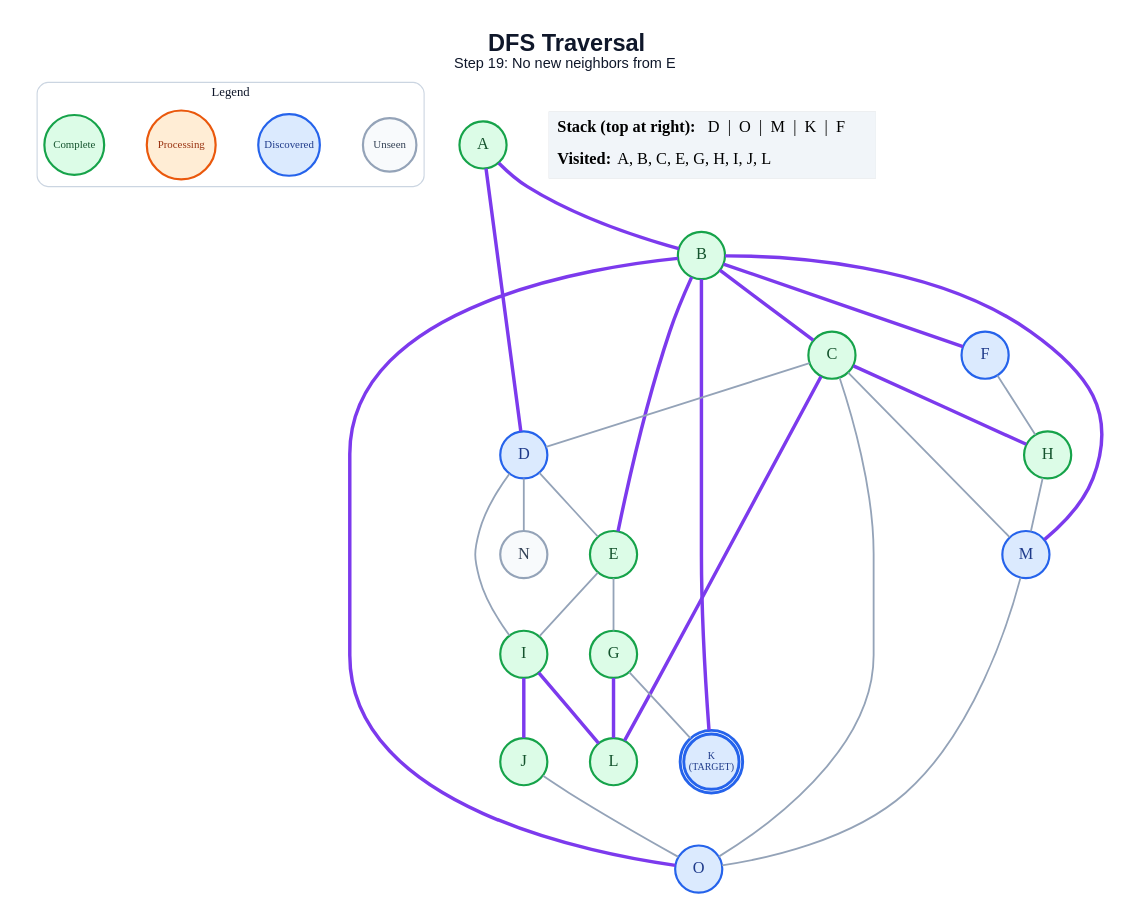
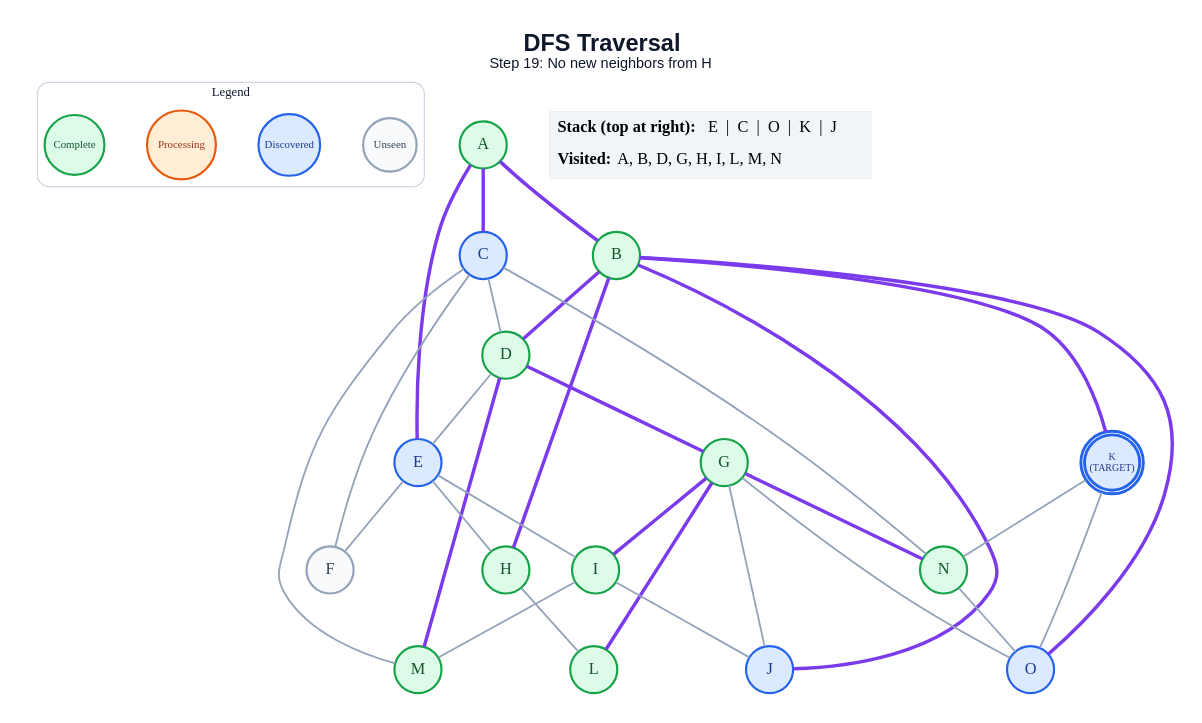
One commit to anon7238593-create/ai-slop changed the diagram in generated/dfs/step_19.dot. Above: the diagram before and after it, drawn with Graphviz. The commit also changed 209 other files, not shown here.

```diff
--- a/generated/dfs/step_19.dot
+++ b/generated/dfs/step_19.dot
@@ -1,60 +1,63 @@
 graph traversal {
   graph [layout=dot, rankdir=TB, bgcolor="#FFFFFF", pad="0.35", nodesep="0.65", ranksep="0.8", fontname="Arial"];
   node [shape=circle, style="filled", fontname="Arial Bold", fontsize=18, width=0.72, fixedsize=true, penwidth=2.4];
   edge [color="#94A3B8", penwidth=2.0];
-  label=<<B>DFS Traversal</B><BR/><FONT POINT-SIZE="16">Step 19: No new neighbors from E</FONT>>; labelloc="t"; fontsize=26; fontname="Arial"; fontcolor="#0F172A";
+  label=<<B>DFS Traversal</B><BR/><FONT POINT-SIZE="16">Step 19: No new neighbors from H</FONT>>; labelloc="t"; fontsize=26; fontname="Arial"; fontcolor="#0F172A";
   subgraph cluster_legend { label="Legend"; color="#CBD5E1"; penwidth=1.2; style="rounded"; fontsize=14; fontname="Arial Bold";
     key_unseen [label="Unseen", fillcolor="#F8FAFC", color="#94A3B8", fontcolor="#334155", fontsize=12, width=0.82];
     key_frontier [label="Discovered", fillcolor="#DBEAFE", color="#2563EB", fontcolor="#1E3A8A", fontsize=12, width=0.95];
     key_current [label="Processing", fillcolor="#FFEDD5", color="#EA580C", fontcolor="#9A3412", fontsize=12, width=1.05];
     key_done [label="Complete", fillcolor="#DCFCE7", color="#16A34A", fontcolor="#14532D", fontsize=12, width=0.92];
     { rank=same; key_unseen; key_frontier; key_current; key_done; }
   }
   A [label="A", fillcolor="#DCFCE7", color="#16A34A", fontcolor="#14532D", peripheries=1, penwidth=2.4];
   B [label="B", fillcolor="#DCFCE7", color="#16A34A", fontcolor="#14532D", peripheries=1, penwidth=2.4];
-  C [label="C", fillcolor="#DCFCE7", color="#16A34A", fontcolor="#14532D", peripheries=1, penwidth=2.4];
-  D [label="D", fillcolor="#DBEAFE", color="#2563EB", fontcolor="#1E3A8A", peripheries=1, penwidth=2.4];
-  E [label="E", fillcolor="#DCFCE7", color="#16A34A", fontcolor="#14532D", peripheries=1, penwidth=2.4];
-  F [label="F", fillcolor="#DBEAFE", color="#2563EB", fontcolor="#1E3A8A", peripheries=1, penwidth=2.4];
+  C [label="C", fillcolor="#DBEAFE", color="#2563EB", fontcolor="#1E3A8A", peripheries=1, penwidth=2.4];
+  D [label="D", fillcolor="#DCFCE7", color="#16A34A", fontcolor="#14532D", peripheries=1, penwidth=2.4];
+  E [label="E", fillcolor="#DBEAFE", color="#2563EB", fontcolor="#1E3A8A", peripheries=1, penwidth=2.4];
+  F [label="F", fillcolor="#F8FAFC", color="#94A3B8", fontcolor="#334155", peripheries=1, penwidth=2.4];
   G [label="G", fillcolor="#DCFCE7", color="#16A34A", fontcolor="#14532D", peripheries=1, penwidth=2.4];
   H [label="H", fillcolor="#DCFCE7", color="#16A34A", fontcolor="#14532D", peripheries=1, penwidth=2.4];
   I [label="I", fillcolor="#DCFCE7", color="#16A34A", fontcolor="#14532D", peripheries=1, penwidth=2.4];
-  J [label="J", fillcolor="#DCFCE7", color="#16A34A", fontcolor="#14532D", peripheries=1, penwidth=2.4];
+  J [label="J", fillcolor="#DBEAFE", color="#2563EB", fontcolor="#1E3A8A", peripheries=1, penwidth=2.4];
   K [label="K\n(TARGET)", fillcolor="#DBEAFE", color="#2563EB", fontcolor="#1E3A8A", peripheries=2, penwidth=3.2, fontsize=11, width=0.85, height=0.85];
   L [label="L", fillcolor="#DCFCE7", color="#16A34A", fontcolor="#14532D", peripheries=1, penwidth=2.4];
-  M [label="M", fillcolor="#DBEAFE", color="#2563EB", fontcolor="#1E3A8A", peripheries=1, penwidth=2.4];
-  N [label="N", fillcolor="#F8FAFC", color="#94A3B8", fontcolor="#334155", peripheries=1, penwidth=2.4];
+  M [label="M", fillcolor="#DCFCE7", color="#16A34A", fontcolor="#14532D", peripheries=1, penwidth=2.4];
+  N [label="N", fillcolor="#DCFCE7", color="#16A34A", fontcolor="#14532D", peripheries=1, penwidth=2.4];
   O [label="O", fillcolor="#DBEAFE", color="#2563EB", fontcolor="#1E3A8A", peripheries=1, penwidth=2.4];
   A -- B [color="#7C3AED", penwidth=3.8];
-  A -- D [color="#7C3AED", penwidth=3.8];
-  B -- C [color="#7C3AED", penwidth=3.8];
-  B -- E [color="#7C3AED", penwidth=3.8];
-  B -- F [color="#7C3AED", penwidth=3.8];
+  A -- C [color="#7C3AED", penwidth=3.8];
+  A -- E [color="#7C3AED", penwidth=3.8];
+  B -- D [color="#7C3AED", penwidth=3.8];
+  B -- H [color="#7C3AED", penwidth=3.8];
+  B -- J [color="#7C3AED", penwidth=3.8];
   B -- K [color="#7C3AED", penwidth=3.8];
-  B -- M [color="#7C3AED", penwidth=3.8];
   B -- O [color="#7C3AED", penwidth=3.8];
   C -- D;
-  C -- H [color="#7C3AED", penwidth=3.8];
-  C -- L [color="#7C3AED", penwidth=3.8];
+  C -- F;
   C -- M;
-  C -- O;
+  C -- N;
   D -- E;
-  D -- I;
-  D -- N;
-  E -- G;
+  D -- G [color="#7C3AED", penwidth=3.8];
+  D -- M [color="#7C3AED", penwidth=3.8];
+  E -- F;
+  E -- H;
   E -- I;
-  F -- H;
-  G -- K;
+  G -- I [color="#7C3AED", penwidth=3.8];
+  G -- J;
   G -- L [color="#7C3AED", penwidth=3.8];
-  H -- M;
-  I -- J [color="#7C3AED", penwidth=3.8];
-  I -- L [color="#7C3AED", penwidth=3.8];
-  J -- O;
-  M -- O;
+  G -- N [color="#7C3AED", penwidth=3.8];
+  G -- O;
+  H -- L;
+  I -- J;
+  I -- M;
+  K -- N;
+  K -- O;
+  N -- O;
   status [shape=plain, fixedsize=false, width=0, height=0, margin=0, label=<
     <TABLE BORDER="0" CELLBORDER="0" CELLPADDING="7" BGCOLOR="#F1F5F9">
-      <TR><TD ALIGN="LEFT"><B>Stack (top at right):</B> D  |  O  |  M  |  K  |  F</TD></TR>
-      <TR><TD ALIGN="LEFT"><B>Visited:</B> A, B, C, E, G, H, I, J, L</TD></TR>
+      <TR><TD ALIGN="LEFT"><B>Stack (top at right):</B> E  |  C  |  O  |  K  |  J</TD></TR>
+      <TR><TD ALIGN="LEFT"><B>Visited:</B> A, B, D, G, H, I, L, M, N</TD></TR>
     </TABLE>
   >];
 }
```
